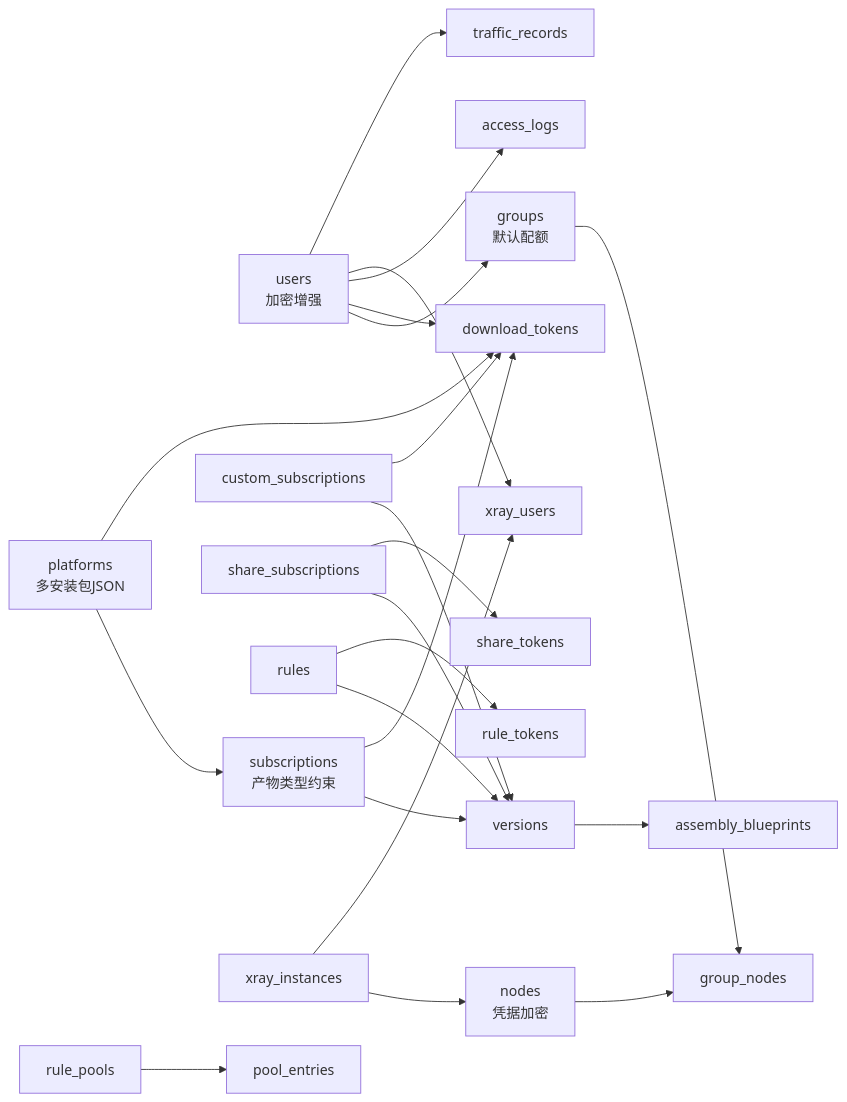
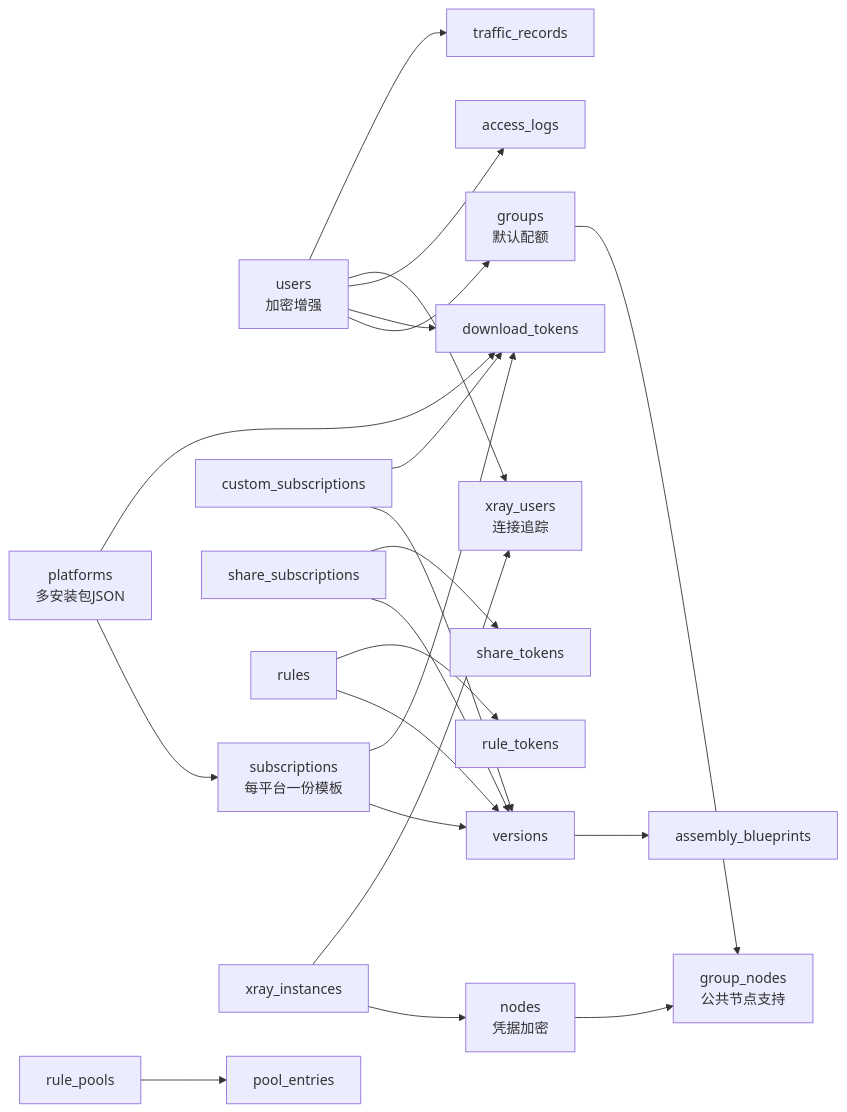
The tenth of 10 diagrams in .qoder/repowiki/zh/content/数据库设计.md (AlcaProphet/VPN-Subscription-Management), drawn with Mermaid before and after one commit. The commit also changed other lines of this file and 6 other files, not shown here.

````diff
--- a/.qoder/repowiki/zh/content/数据库设计.md
+++ b/.qoder/repowiki/zh/content/数据库设计.md
@@ -571,24 +571,24 @@
 ```mermaid
 graph LR
 Users["users<br/>加密增强"] --> Groups["groups<br/>默认配额"]
-Platforms["platforms<br/>多安装包JSON"] --> Subscriptions["subscriptions<br/>产物类型约束"]
+Platforms["platforms<br/>多安装包JSON"] --> Subscriptions["subscriptions<br/>每平台一份模板"]
 Subscriptions --> Versions["versions"]
 Custom["custom_subscriptions"] --> Versions
 Share["share_subscriptions"] --> Versions
 Rules["rules"] --> Versions
 Users --> DownloadTok["download_tokens"]
 Platforms --> DownloadTok
 Custom --> DownloadTok
 Subscriptions --> DownloadTok
 Share --> ShareTok["share_tokens"]
 Rules --> RuleTok["rule_tokens"]
 Users --> AccessLog["access_logs"]
 RulePools["rule_pools"] --> PoolEntries["pool_entries"]
 XrayInstances["xray_instances"] --> Nodes["nodes<br/>凭据加密"]
-XrayInstances --> XrayUsers["xray_users"]
+XrayInstances --> XrayUsers["xray_users<br/>连接追踪"]
 Users --> XrayUsers
-Groups --> GroupNodes["group_nodes"]
+Groups --> GroupNodes["group_nodes<br/>公共节点支持"]
 Nodes --> GroupNodes
 Versions --> AssemblyBlueprints["assembly_blueprints"]
 Users --> TrafficRecords["traffic_records"]
 ```
````
